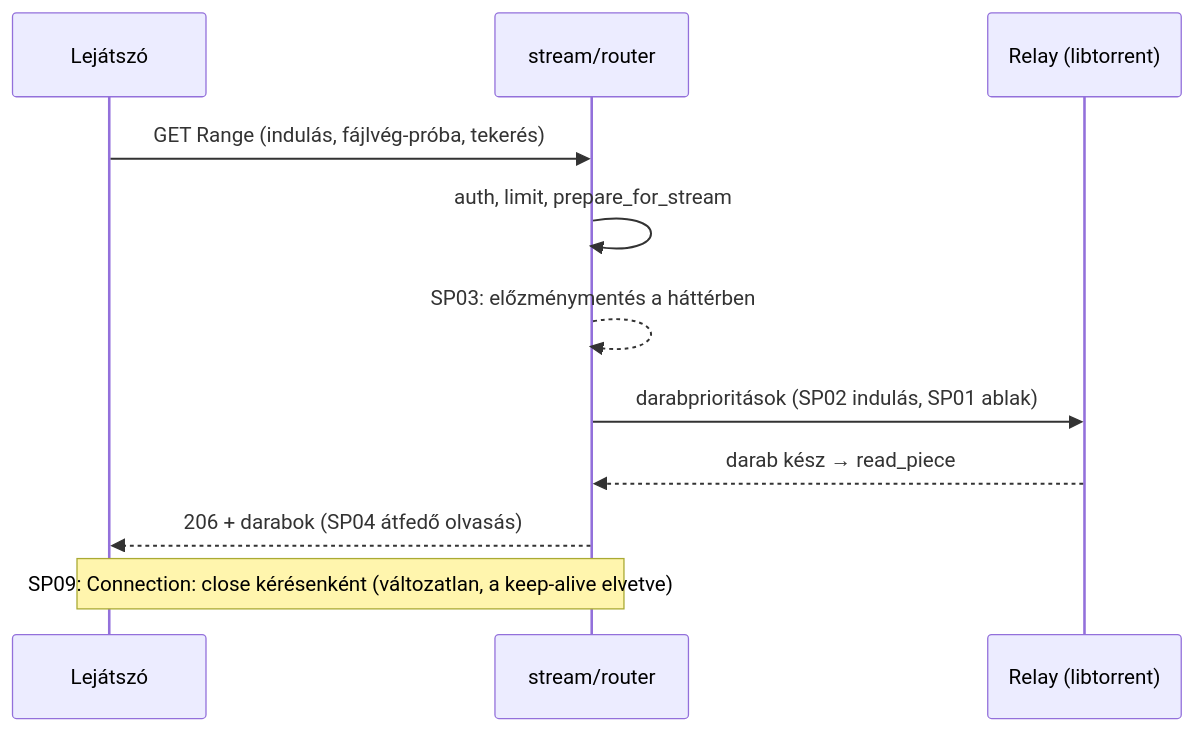
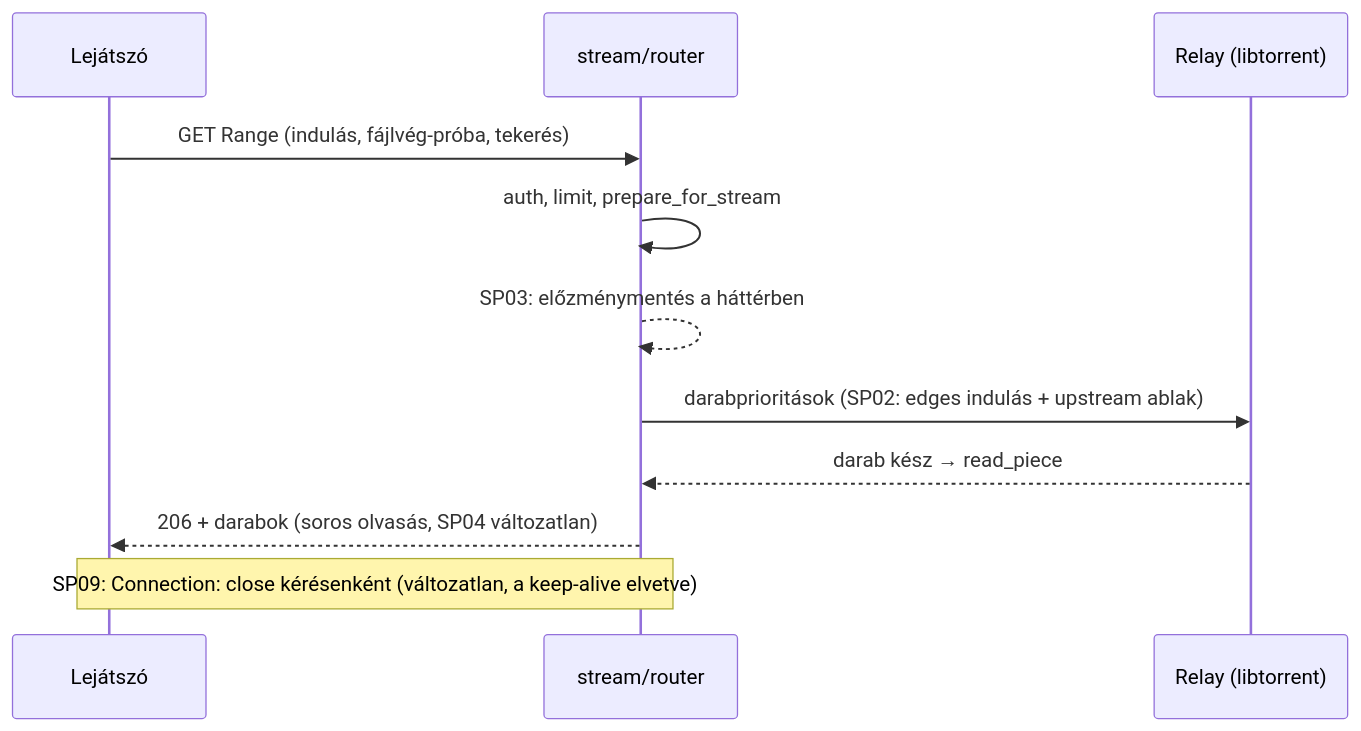
The second of 2 diagrams in docs/feature/stream-performance.md (Levfero/stremhu-source-VibeCodedEdition), drawn with Mermaid before and after one commit. The commit also changed other lines of this file and 5 other files, not shown here.

````diff
--- a/docs/feature/stream-performance.md
+++ b/docs/feature/stream-performance.md
@@ -121,13 +121,13 @@
 ```mermaid
 sequenceDiagram
     participant P as Lejátszó
     participant R as stream/router
     participant L as Relay (libtorrent)
     P->>R: GET Range (indulás, fájlvég-próba, tekerés)
     R->>R: auth, limit, prepare_for_stream
     R-->>R: SP03: előzménymentés a háttérben
-    R->>L: darabprioritások (SP02 indulás, SP01 ablak)
+    R->>L: darabprioritások (SP02: edges indulás + upstream ablak)
     L-->>R: darab kész → read_piece
-    R-->>P: 206 + darabok (SP04 átfedő olvasás)
+    R-->>P: 206 + darabok (soros olvasás, SP04 változatlan)
     Note over R,P: SP09: Connection: close kérésenként (változatlan, a keep-alive elvetve)
 ```
````
